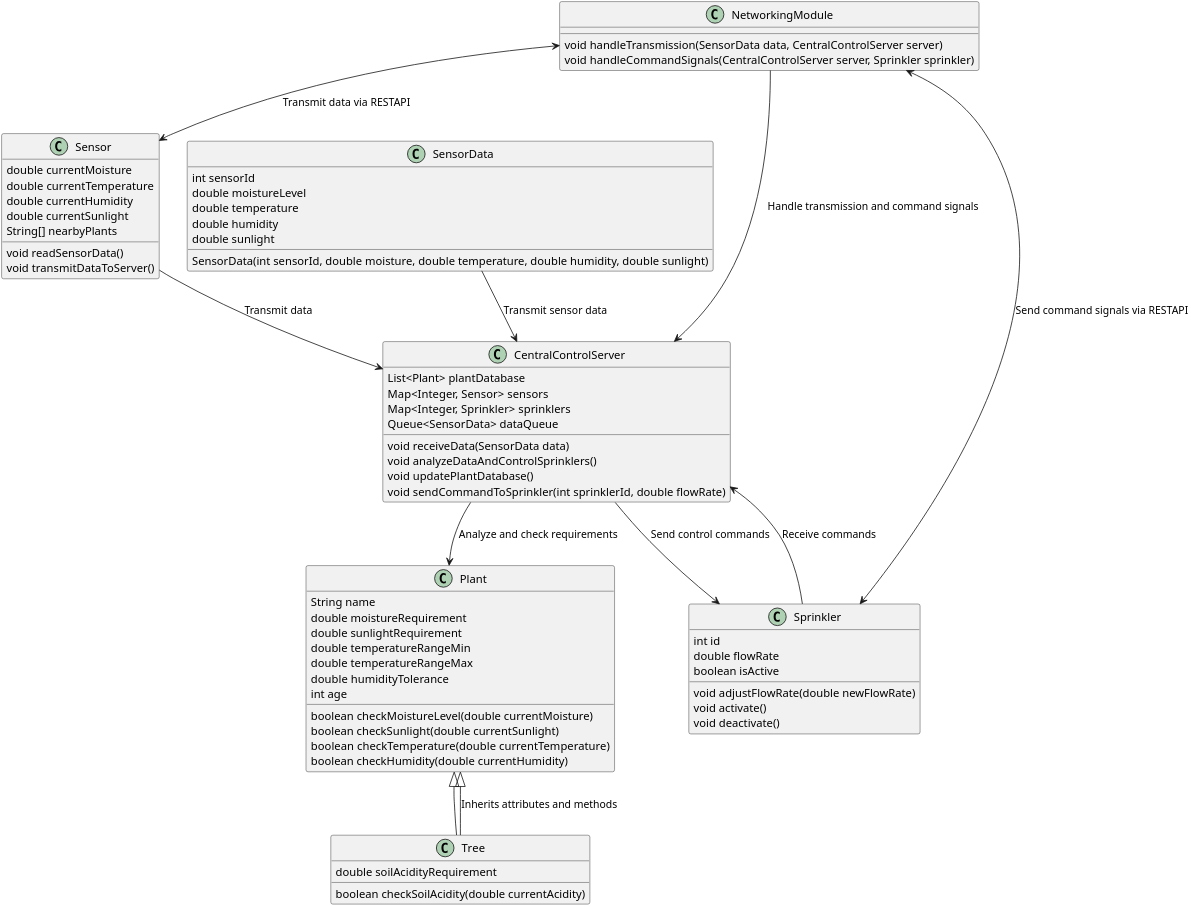
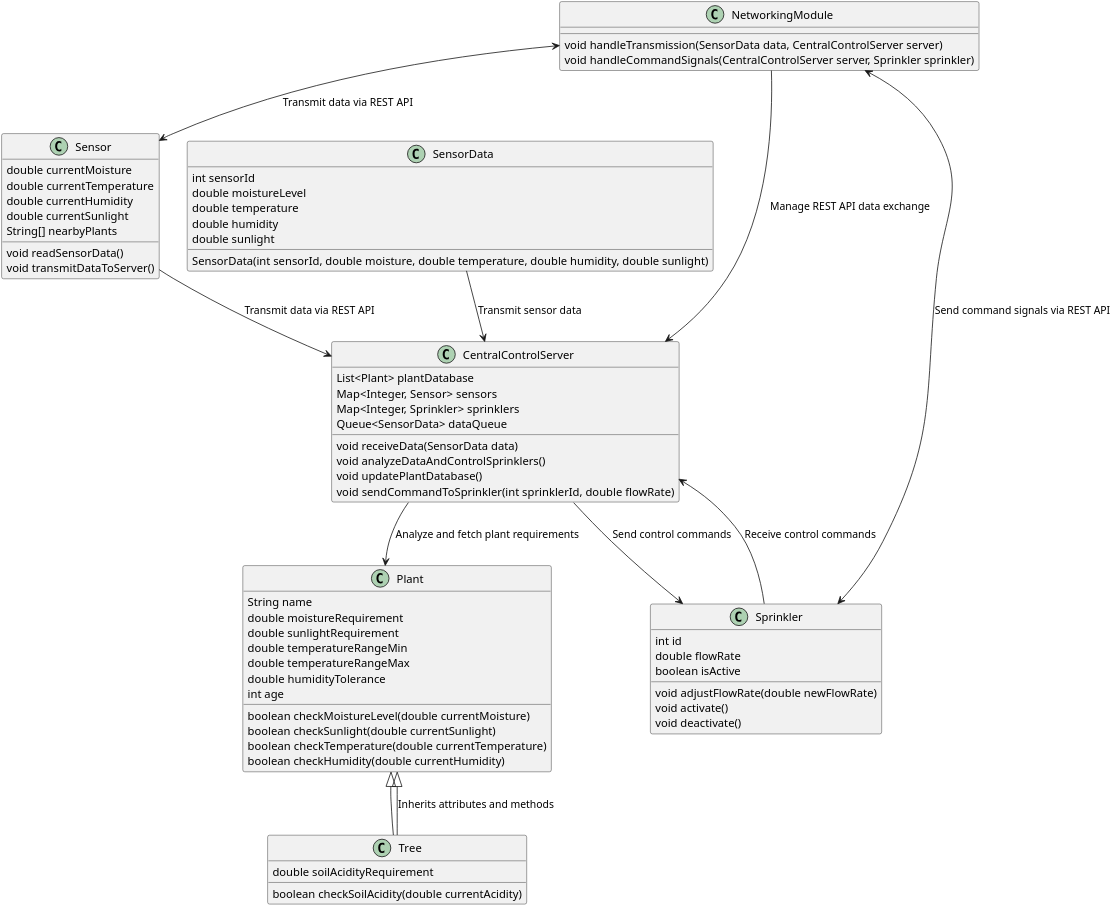
One commit to maskarzadeh/Labs changed the diagram in uml.puml. Above: the diagram before and after it, drawn with PlantUML. The commit also changed other lines of this file, not shown here.

```diff
--- a/uml.puml
+++ b/uml.puml
@@ -3,84 +1,83 @@
 @startuml
 scale 4.0
 class Plant {
     String name
     double moistureRequirement
     double sunlightRequirement
     double temperatureRangeMin
     double temperatureRangeMax
     double humidityTolerance
     int age
 
     boolean checkMoistureLevel(double currentMoisture)
     boolean checkSunlight(double currentSunlight)
     boolean checkTemperature(double currentTemperature)
     boolean checkHumidity(double currentHumidity)
 }
 
 class Tree extends Plant {
     double soilAcidityRequirement
 
     boolean checkSoilAcidity(double currentAcidity)
 }
 
 class Sensor {
     double currentMoisture
     double currentTemperature
     double currentHumidity
     double currentSunlight
     String[] nearbyPlants
 
     void readSensorData()
     void transmitDataToServer()
 }
 
 class Sprinkler {
     int id
     double flowRate
     boolean isActive
 
     void adjustFlowRate(double newFlowRate)
     void activate()
     void deactivate()
 }
 
 class CentralControlServer {
     List<Plant> plantDatabase
     Map<Integer, Sensor> sensors
     Map<Integer, Sprinkler> sprinklers
     Queue<SensorData> dataQueue
 
     void receiveData(SensorData data)
     void analyzeDataAndControlSprinklers()
     void updatePlantDatabase()
     void sendCommandToSprinkler(int sprinklerId, double flowRate)
 }
 
 class SensorData {
     int sensorId
     double moistureLevel
     double temperature
     double humidity
     double sunlight
 
     SensorData(int sensorId, double moisture, double temperature, double humidity, double sunlight)
 }
 
 class NetworkingModule {
     void handleTransmission(SensorData data, CentralControlServer server)
     void handleCommandSignals(CentralControlServer server, Sprinkler sprinkler)
 }
 
 ' Specify interactions
-
 SensorData --> CentralControlServer : "Transmit sensor data"
 CentralControlServer --> Sprinkler : "Send control commands"
-CentralControlServer --> Plant : "Analyze and check requirements"
-Sensor --> CentralControlServer : "Transmit data"
-Sprinkler --> CentralControlServer : "Receive commands"
+CentralControlServer --> Plant : "Analyze and fetch plant requirements"
+Sensor --> CentralControlServer : "Transmit data via REST API"
+Sprinkler --> CentralControlServer : "Receive control commands"
 Tree --|> Plant : "Inherits attributes and methods"
-NetworkingModule --> CentralControlServer : "Handle transmission and command signals"
-NetworkingModule <--> Sensor : "Transmit data via RESTAPI"
-NetworkingModule <--> Sprinkler : "Send command signals via RESTAPI"
+NetworkingModule --> CentralControlServer : "Manage REST API data exchange"
+NetworkingModule <--> Sensor : "Transmit data via REST API"
+NetworkingModule <--> Sprinkler : "Send command signals via REST API"
 
 @enduml
```
